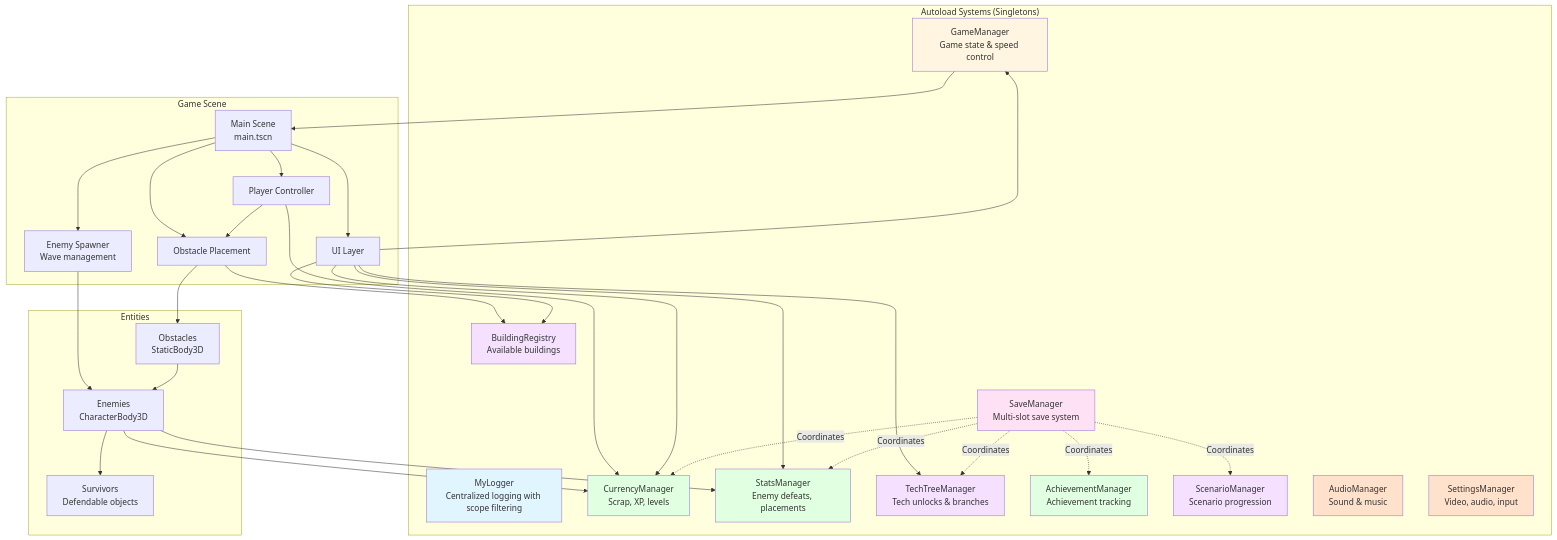
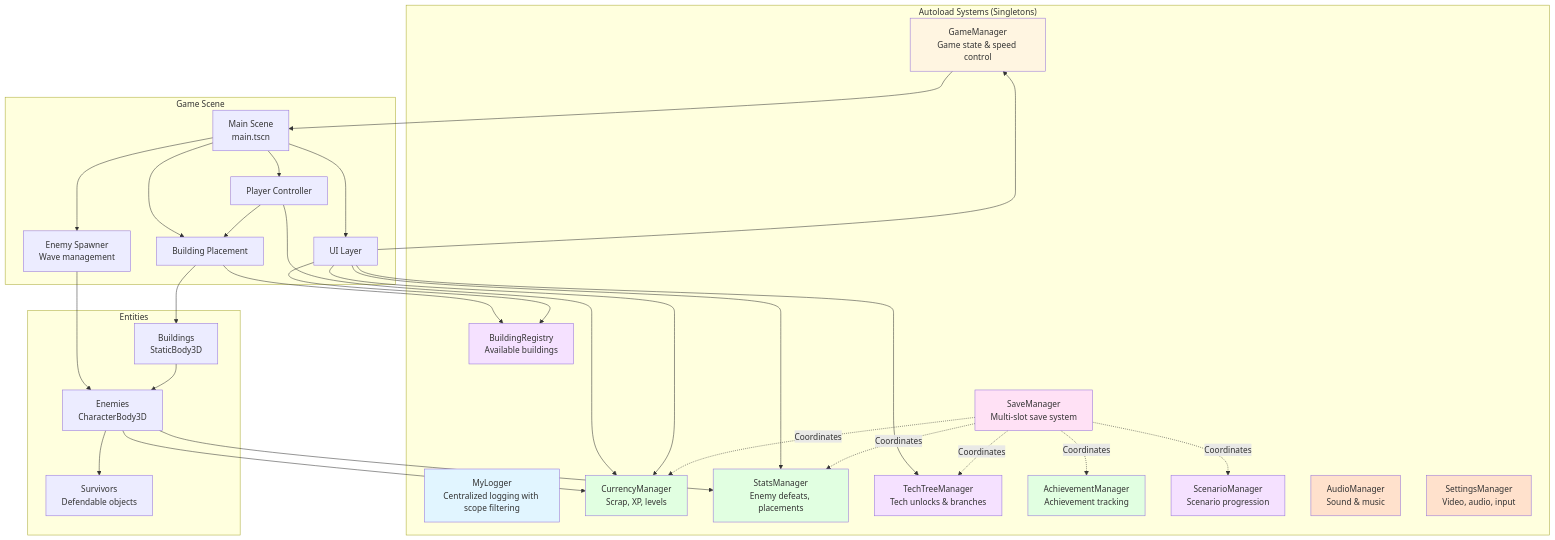
Before and after one commit to saebyn/godot-tower-defense: the first of 8 diagrams in docs/ARCHITECTURE.md, drawn with Mermaid. The commit also changed other lines of this file and 78 other files, not shown here.

````diff
--- a/docs/ARCHITECTURE.md
+++ b/docs/ARCHITECTURE.md
@@ -22,82 +22,82 @@
 ```mermaid
 graph TB
     subgraph "Autoload Systems (Singletons)"
         MyLogger[MyLogger<br/>Centralized logging with scope filtering]
         SaveManager[SaveManager<br/>Multi-slot save system]
         CurrencyManager[CurrencyManager<br/>Scrap, XP, levels]
         GameManager[GameManager<br/>Game state & speed control]
         StatsManager[StatsManager<br/>Enemy defeats, placements]
         BuildingRegistry[BuildingRegistry<br/>Available buildings]
         TechTreeManager[TechTreeManager<br/>Tech unlocks & branches]
         AchievementManager[AchievementManager<br/>Achievement tracking]
         ScenarioManager[ScenarioManager<br/>Scenario progression]
         AudioManager[AudioManager<br/>Sound & music]
         SettingsManager[SettingsManager<br/>Video, audio, input]
     end
     
     subgraph "Game Scene"
         Main[Main Scene<br/>main.tscn]
         Player[Player Controller]
         EnemySpawner[Enemy Spawner<br/>Wave management]
-        ObstaclePlacement[Obstacle Placement]
+        BuildingPlacement[Building Placement]
         UI[UI Layer]
     end
     
     subgraph "Entities"
         Enemies[Enemies<br/>CharacterBody3D]
-        Obstacles[Obstacles<br/>StaticBody3D]
+        Buildings[Buildings<br/>StaticBody3D]
         Survivors[Survivors<br/>Defendable objects]
     end
     
     Main --> Player
     Main --> EnemySpawner
-    Main --> ObstaclePlacement
+    Main --> BuildingPlacement
     Main --> UI
     
     Player --> CurrencyManager
-    Player --> ObstaclePlacement
+    Player --> BuildingPlacement
     
     EnemySpawner --> Enemies
-    ObstaclePlacement --> Obstacles
-    ObstaclePlacement --> BuildingRegistry
+    BuildingPlacement --> Buildings
+    BuildingPlacement --> BuildingRegistry
     
     Enemies --> CurrencyManager
     Enemies --> StatsManager
     Enemies --> Survivors
     
-    Obstacles --> Enemies
+    Buildings --> Enemies
     
     UI --> CurrencyManager
     UI --> StatsManager
     UI --> GameManager
     UI --> TechTreeManager
     UI --> BuildingRegistry
     
     SaveManager -.Coordinates.-> CurrencyManager
     SaveManager -.Coordinates.-> StatsManager
     SaveManager -.Coordinates.-> TechTreeManager
     SaveManager -.Coordinates.-> AchievementManager
     SaveManager -.Coordinates.-> ScenarioManager
     
     GameManager --> Main
     
     %% Color Legend:
     %% Blue (#e1f5ff) - Debugging/Infrastructure
     %% Pink (#ffe1f5) - Persistence/Save System
     %% Green (#e1ffe1) - Economy/Progression
     %% Yellow (#fff5e1) - Game State Management
     %% Purple (#f5e1ff) - Content Management
     %% Orange (#ffe1cc) - Audio/Settings
     
     style MyLogger fill:#e1f5ff
     style SaveManager fill:#ffe1f5
     style CurrencyManager fill:#e1ffe1
     style StatsManager fill:#e1ffe1
     style GameManager fill:#fff5e1
     style BuildingRegistry fill:#f5e1ff
     style TechTreeManager fill:#f5e1ff
     style AchievementManager fill:#e1ffe1
     style ScenarioManager fill:#f5e1ff
     style AudioManager fill:#ffe1cc
     style SettingsManager fill:#ffe1cc
 ```
````
